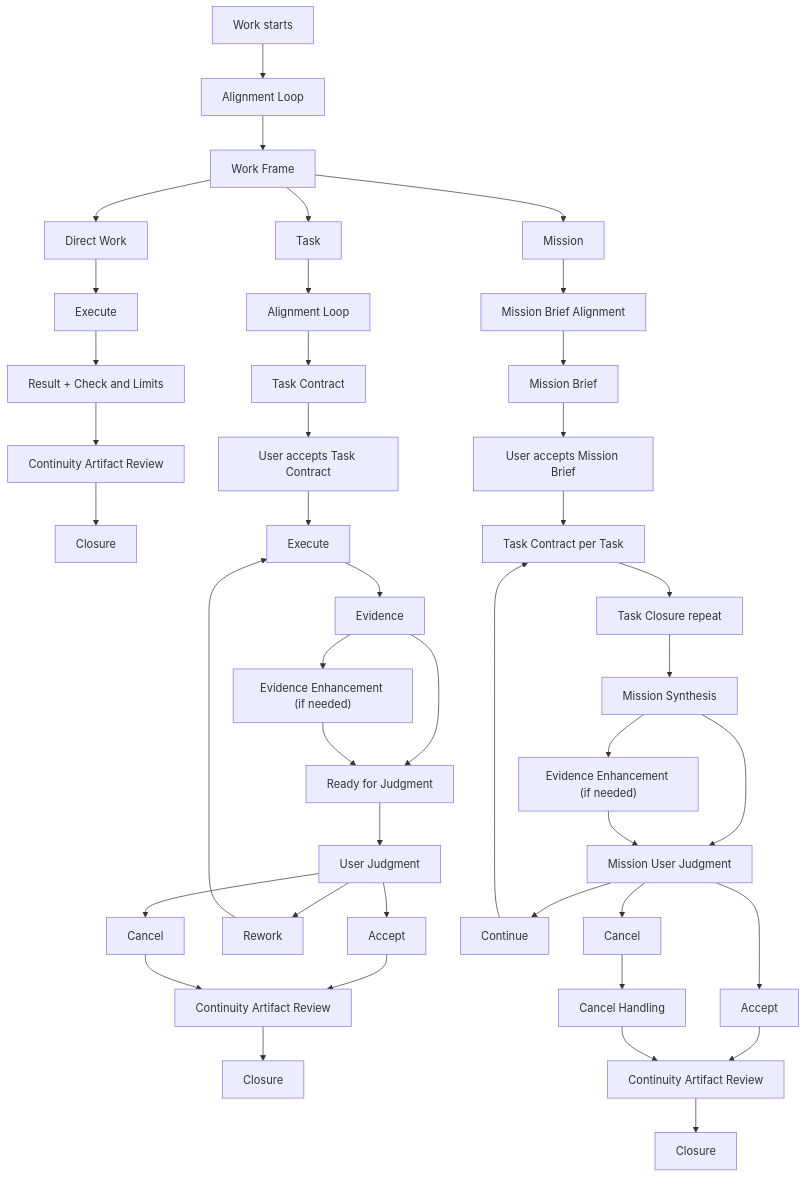
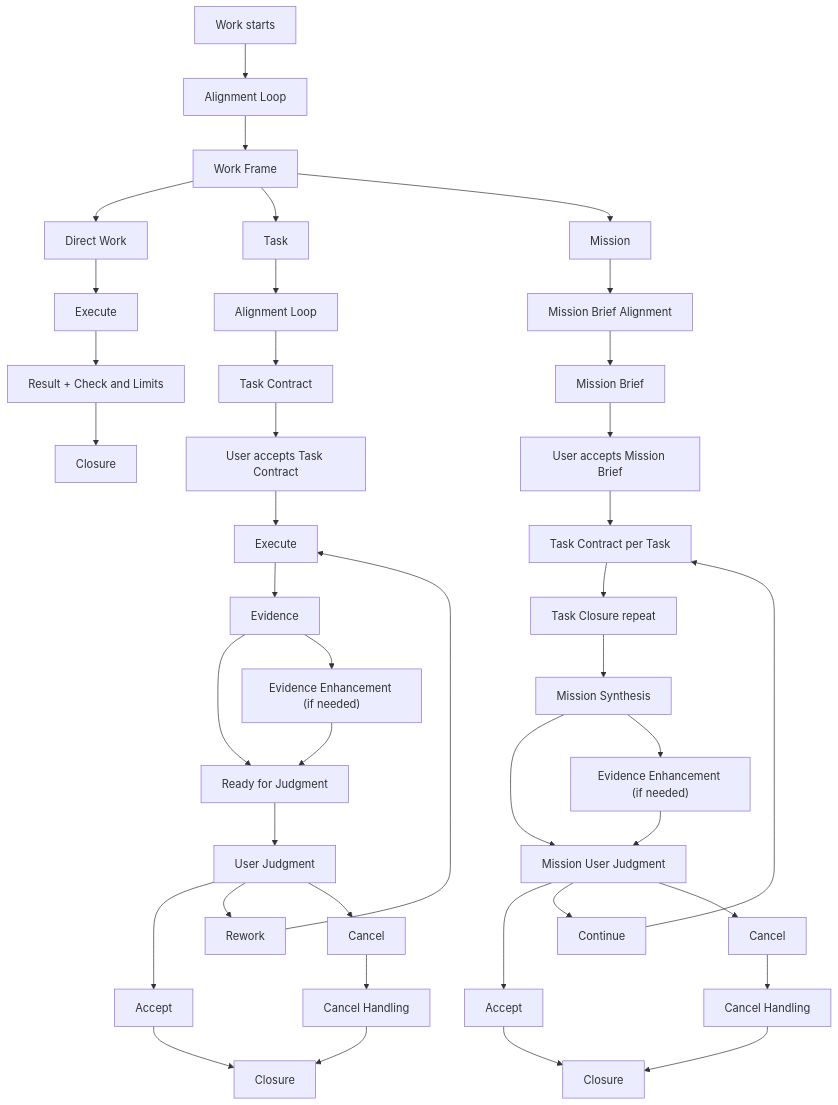
Before and after one commit to choam2426/Geas: the diagram in docs/workflow/index.md, drawn with Mermaid. The commit also changed other lines of this file and 3 other files, not shown here.

Commit message:
docs: refine continuity closure semantics

````diff
--- a/docs/workflow/index.md
+++ b/docs/workflow/index.md
@@ -34,49 +34,47 @@
 ```mermaid
 flowchart TD
   start["Work starts"] --> align["Alignment Loop"]
   align --> frame["Work Frame"]
 
   frame --> direct["Direct Work"]
   frame --> task["Task"]
   frame --> mission["Mission"]
 
   direct --> directExecute["Execute"]
   directExecute --> directResult["Result + Check and Limits"]
-  directResult --> directContinuity["Continuity Artifact Review"]
-  directContinuity --> directClosure["Closure"]
+  directResult --> directClosure["Closure"]
 
   task --> taskAlign["Alignment Loop"]
   taskAlign --> contract["Task Contract"]
   contract --> contractAccept["User accepts Task Contract"]
   contractAccept --> taskExecute["Execute"]
   taskExecute --> taskEvidence["Evidence"]
   taskEvidence --> taskReady["Ready for Judgment"]
   taskEvidence --> taskEvidenceEnhance["Evidence Enhancement (if needed)"]
   taskEvidenceEnhance --> taskReady
   taskReady --> taskJudgment["User Judgment"]
   taskJudgment --> taskAccept["Accept"]
-  taskAccept --> taskContinuity["Continuity Artifact Review"]
-  taskContinuity --> taskClosure["Closure"]
+  taskAccept --> taskClosure["Closure"]
   taskJudgment --> taskRework["Rework"]
   taskJudgment --> taskCancel["Cancel"]
   taskRework --> taskExecute
-  taskCancel --> taskContinuity
+  taskCancel --> taskCancelHandling["Cancel Handling"]
+  taskCancelHandling --> taskClosure
 
   mission --> missionAlign["Mission Brief Alignment"]
   missionAlign --> brief["Mission Brief"]
   brief --> briefAccept["User accepts Mission Brief"]
   briefAccept --> taskLoop["Task Contract per Task"]
   taskLoop --> taskRepeat["Task Closure repeat"]
   taskRepeat --> synthesis["Mission Synthesis"]
   synthesis --> missionJudgment["Mission User Judgment"]
   synthesis --> missionEvidenceEnhance["Evidence Enhancement (if needed)"]
   missionEvidenceEnhance --> missionJudgment
   missionJudgment --> missionAccept["Accept"]
-  missionAccept --> missionContinuity["Continuity Artifact Review"]
-  missionContinuity --> missionClosure["Closure"]
+  missionAccept --> missionClosure["Closure"]
   missionJudgment --> missionContinue["Continue"]
   missionJudgment --> missionCancel["Cancel"]
   missionContinue --> taskLoop
   missionCancel --> missionCancelHandling["Cancel Handling"]
-  missionCancelHandling --> missionContinuity
+  missionCancelHandling --> missionClosure
 ```
````
